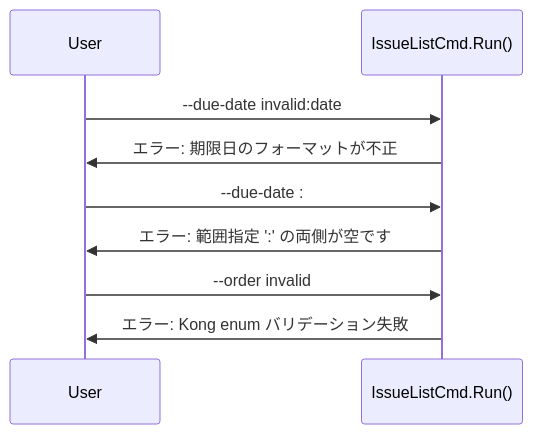
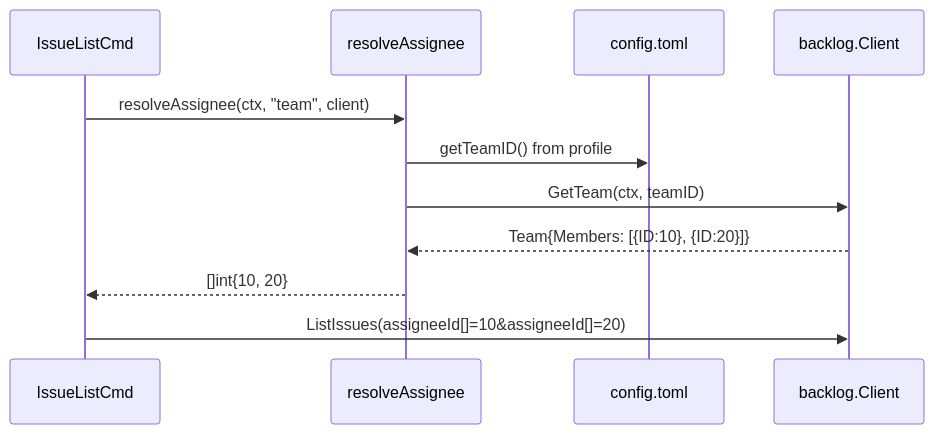
Before and after one commit to youyo/logvalet: the second of 2 diagrams in plans/glittery-honking-toucan.md, drawn with Mermaid. The commit also changed other lines of this file and 2 other files, not shown here.

First line of the commit message:
docs: add lv digest and --assignee team usage examples

````diff
--- a/plans/glittery-honking-toucan.md
+++ b/plans/glittery-honking-toucan.md
@@ -208,14 +169,14 @@
 ```mermaid
 sequenceDiagram
-    participant User
-    participant CLI as IssueListCmd.Run()
+    participant CLI as IssueListCmd
+    participant Resolver as resolveAssignee
+    participant Config as config.toml
+    participant API as backlog.Client
 
-    User->>CLI: --due-date invalid:date
-    CLI->>User: エラー: 期限日のフォーマットが不正
-
-    User->>CLI: --due-date :
-    CLI->>User: エラー: 範囲指定 ':' の両側が空です
-
-    User->>CLI: --order invalid
-    CLI->>User: エラー: Kong enum バリデーション失敗
+    CLI->>Resolver: resolveAssignee(ctx, "team", client)
+    Resolver->>Config: getTeamID() from profile
+    Resolver->>API: GetTeam(ctx, teamID)
+    API-->>Resolver: Team{Members: [{ID:10}, {ID:20}]}
+    Resolver-->>CLI: []int{10, 20}
+    CLI->>API: ListIssues(assigneeId[]=10&assigneeId[]=20)
 ```
````
